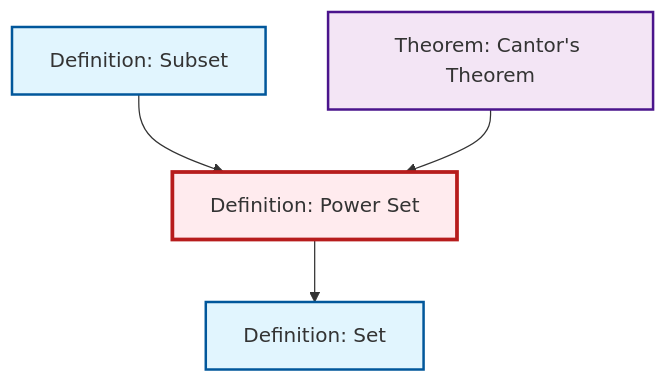
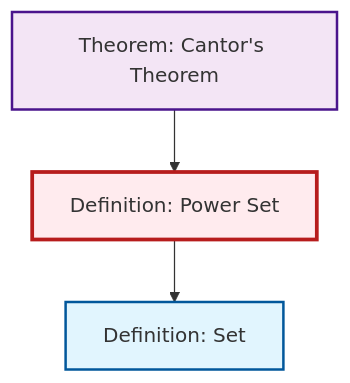
One commit to RK0429/ModernMath changed the diagram in output/mermaid/def-power-set.mermaid. Above: the diagram before and after it, drawn with Mermaid. The commit also changed 511 other files, not shown here.

````diff
--- a/output/mermaid/def-power-set.mermaid
+++ b/output/mermaid/def-power-set.mermaid
@@ -1,17 +1,15 @@
 ```{mermaid}
 %%| fig-cap: "Local dependency graph"
 graph TD
     classDef definition fill:#e1f5fe,stroke:#01579b,stroke-width:2px
     classDef theorem fill:#f3e5f5,stroke:#4a148c,stroke-width:2px
     classDef axiom fill:#fff3e0,stroke:#e65100,stroke-width:2px
     classDef example fill:#e8f5e9,stroke:#1b5e20,stroke-width:2px
     classDef current fill:#ffebee,stroke:#b71c1c,stroke-width:3px
+    def-power-set["Definition: Power Set"]:::definition
     thm-cantor["Theorem: Cantor's Theorem"]:::theorem
-    def-power-set["Definition: Power Set"]:::definition
     def-set["Definition: Set"]:::definition
-    def-subset["Definition: Subset"]:::definition
-    def-subset --> def-power-set
     thm-cantor --> def-power-set
     def-power-set --> def-set
     class def-power-set current
 ```
````
